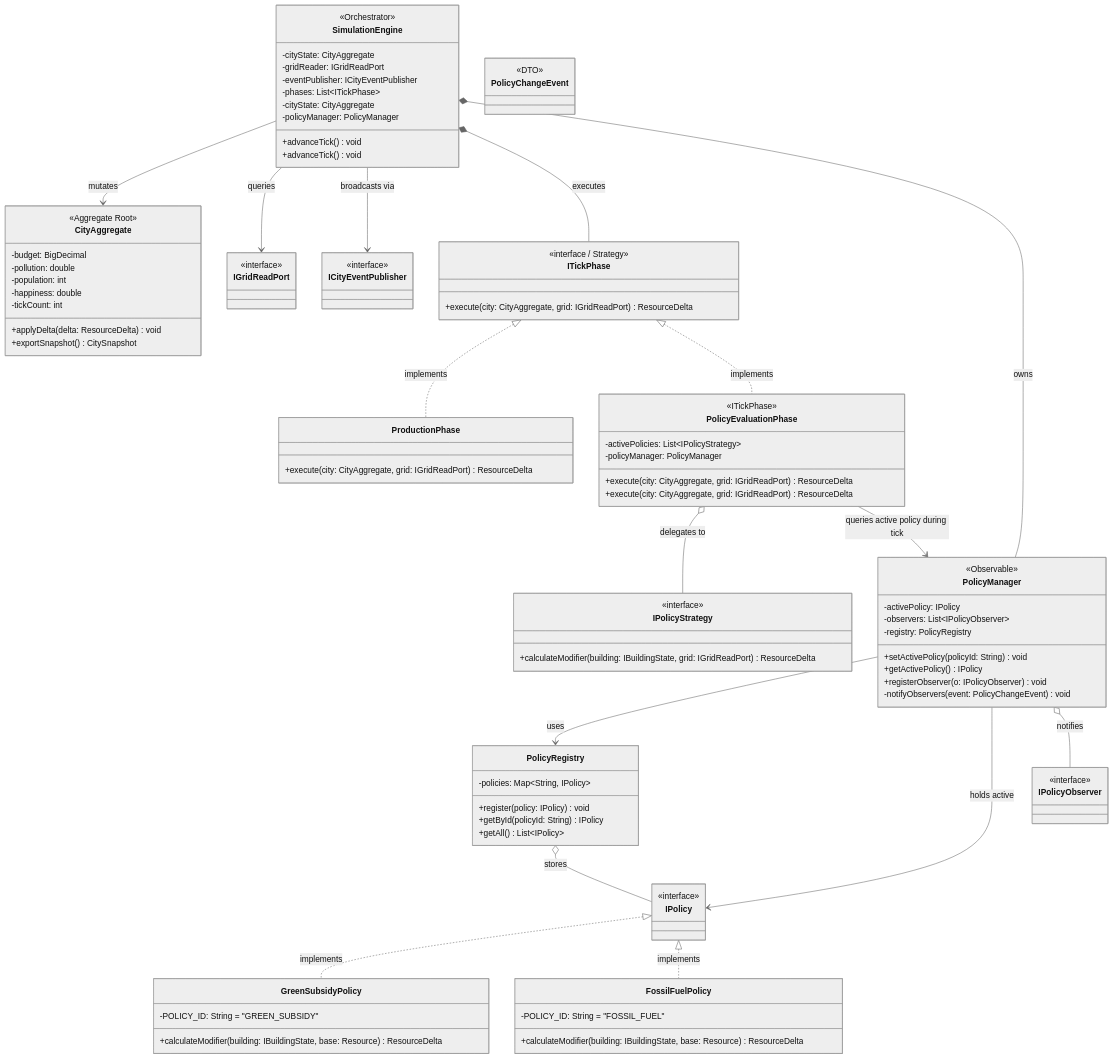
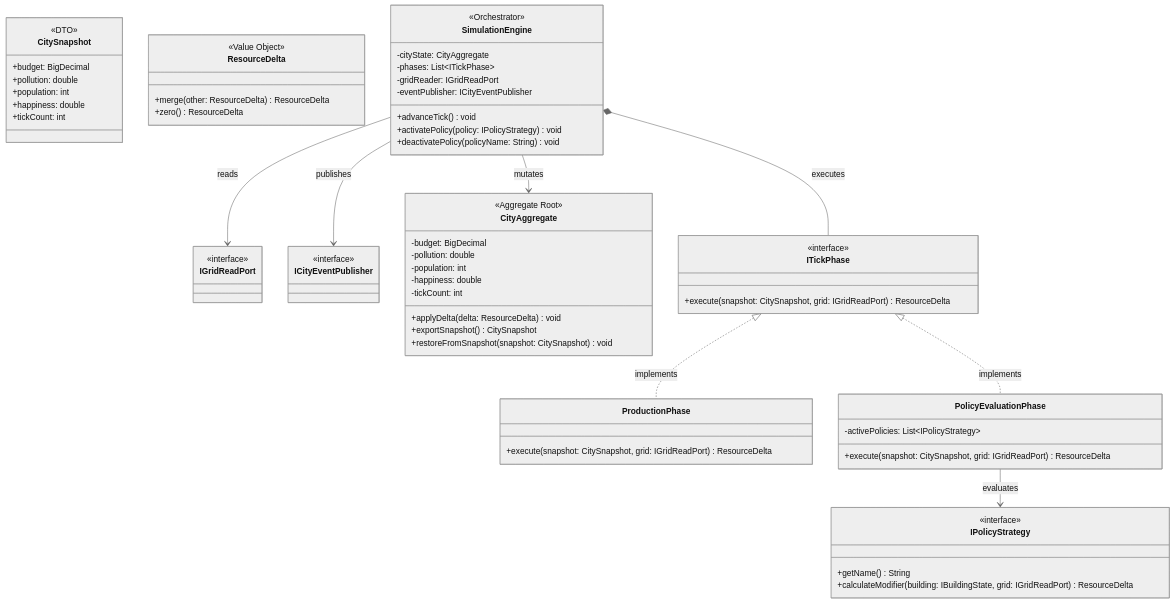
One commit to LeonardoBellan/CityLogic changed the diagram in docs/Design Class Diagrams/simulationDomain.md. Above: the diagram before and after it, drawn with Mermaid (neutral theme). The commit also changed 6 other files, not shown here.

````diff
--- a/docs/Design Class Diagrams/simulationDomain.md
+++ b/docs/Design Class Diagrams/simulationDomain.md
@@ -2,13 +2,10 @@
 classDiagram
     direction TB
 
-    %% External Interfaces (Defined in SharedContracts)
+    %% External interfaces used by the current implementation
     class IGridReadPort { <<interface>> }
     class ICityEventPublisher { <<interface>> }
 
-    %% ==========================================
-    %% SIMULATION CORE
-    %% ==========================================
     class CityAggregate {
         <<Aggregate Root>>
         -budget: BigDecimal
@@ -18,104 +15,61 @@
         -tickCount: int
         +applyDelta(delta: ResourceDelta) void
         +exportSnapshot() CitySnapshot
+        +restoreFromSnapshot(snapshot: CitySnapshot) void
+    }
+
+    class CitySnapshot {
+        <<DTO>>
+        +budget: BigDecimal
+        +pollution: double
+        +population: int
+        +happiness: double
+        +tickCount: int
+    }
+
+    class ResourceDelta {
+        <<Value Object>>
+        +merge(other: ResourceDelta) ResourceDelta
+        +zero() ResourceDelta
     }
 
     class SimulationEngine {
         <<Orchestrator>>
         -cityState: CityAggregate
+        -phases: List~ITickPhase~
         -gridReader: IGridReadPort
         -eventPublisher: ICityEventPublisher
-        -phases: List~ITickPhase~
         +advanceTick() void
+        +activatePolicy(policy: IPolicyStrategy) void
+        +deactivatePolicy(policyName: String) void
     }
 
     class ITickPhase {
-        <<interface / Strategy>>
-        +execute(city: CityAggregate, grid: IGridReadPort) ResourceDelta
+        <<interface>>
+        +execute(snapshot: CitySnapshot, grid: IGridReadPort) ResourceDelta
     }
 
     class ProductionPhase {
-        +execute(city: CityAggregate, grid: IGridReadPort) ResourceDelta
+        +execute(snapshot: CitySnapshot, grid: IGridReadPort) ResourceDelta
     }
 
     class PolicyEvaluationPhase {
         -activePolicies: List~IPolicyStrategy~
-        +execute(city: CityAggregate, grid: IGridReadPort) ResourceDelta
+        +execute(snapshot: CitySnapshot, grid: IGridReadPort) ResourceDelta
     }
 
     class IPolicyStrategy {
         <<interface>>
+        +getName() String
         +calculateModifier(building: IBuildingState, grid: IGridReadPort) ResourceDelta
     }
 
-    %% External Interfaces
-    class IPolicy { <<interface>> }
-    class IPolicyObserver { <<interface>> }
-    class PolicyChangeEvent { <<DTO>> }
-
-    %% ==========================================
-    %% NEW POLICY SUBDOMAIN
-    %% ==========================================
-    class PolicyRegistry {
-        -policies: Map~String, IPolicy~
-        +register(policy: IPolicy) void
-        +getById(policyId: String) IPolicy
-        +getAll() List~IPolicy~
-    }
-
-    class PolicyManager {
-        <<Observable>>
-        -activePolicy: IPolicy
-        -observers: List~IPolicyObserver~
-        -registry: PolicyRegistry
-        +setActivePolicy(policyId: String) void
-        +getActivePolicy() IPolicy
-        +registerObserver(o: IPolicyObserver) void
-        -notifyObservers(event: PolicyChangeEvent) void
-    }
-
-    class GreenSubsidyPolicy {
-        -POLICY_ID: String = "GREEN_SUBSIDY"
-        +calculateModifier(building: IBuildingState, base: Resource) ResourceDelta
-    }
-
-    class FossilFuelPolicy {
-        -POLICY_ID: String = "FOSSIL_FUEL"
-        +calculateModifier(building: IBuildingState, base: Resource) ResourceDelta
-    }
-
-    %% ==========================================
-    %% SIMULATION ENGINE INTEGRATION
-    %% ==========================================
-    class SimulationEngine {
-        -cityState: CityAggregate
-        -policyManager: PolicyManager
-        +advanceTick() void
-    }
-
-    class PolicyEvaluationPhase {
-        <<ITickPhase>>
-        -policyManager: PolicyManager
-        +execute(city: CityAggregate, grid: IGridReadPort) ResourceDelta
-    }
-
-    %% Relations
     SimulationEngine --> CityAggregate : mutates
-    SimulationEngine --> IGridReadPort : queries
-    SimulationEngine --> ICityEventPublisher : broadcasts via
+    SimulationEngine --> IGridReadPort : reads
+    SimulationEngine --> ICityEventPublisher : publishes
     SimulationEngine *-- ITickPhase : executes
 
     ITickPhase <|.. ProductionPhase : implements
     ITickPhase <|.. PolicyEvaluationPhase : implements
-    PolicyEvaluationPhase o-- IPolicyStrategy : delegates to
-    IPolicy <|.. GreenSubsidyPolicy : implements
-    IPolicy <|.. FossilFuelPolicy : implements
-
-    PolicyRegistry o-- IPolicy : stores
-    PolicyManager --> PolicyRegistry : uses
-    PolicyManager --> IPolicy : holds active
-    PolicyManager o-- IPolicyObserver : notifies
-
-    SimulationEngine *-- PolicyManager : owns
-    PolicyEvaluationPhase --> PolicyManager : queries active policy during tick
+    PolicyEvaluationPhase --> IPolicyStrategy : evaluates
 ```
````
